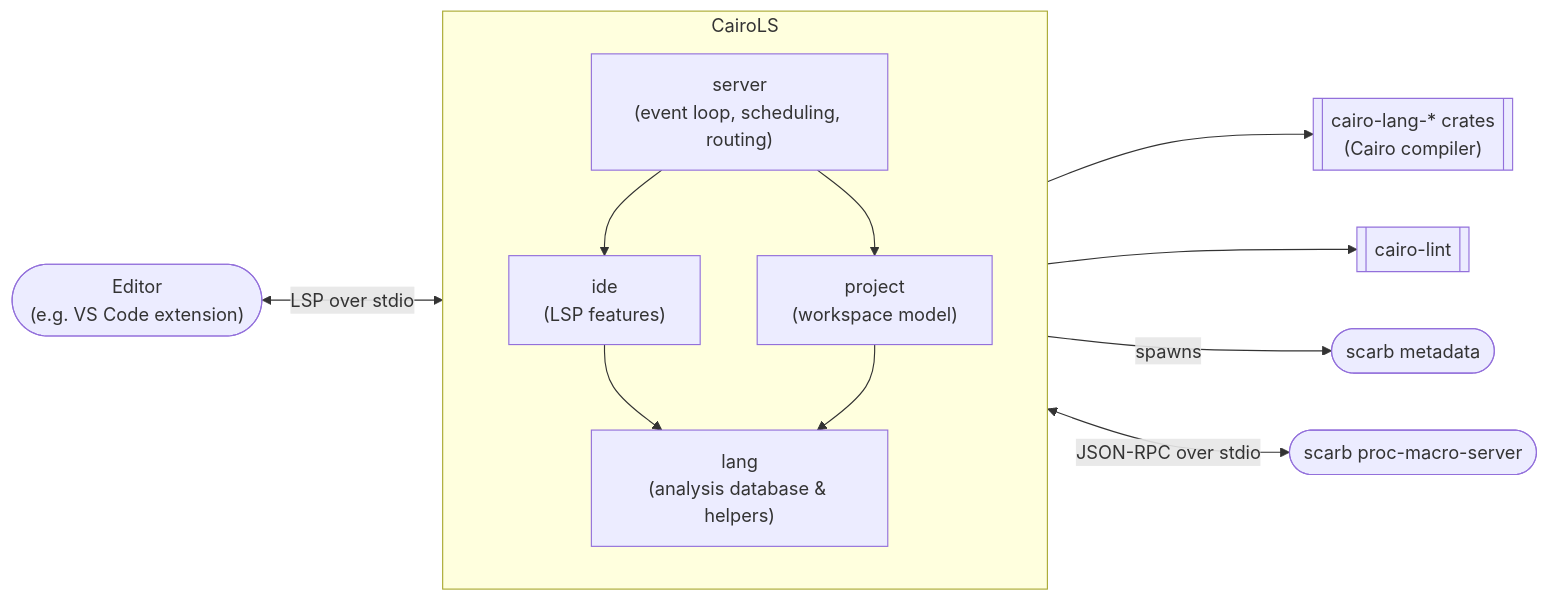
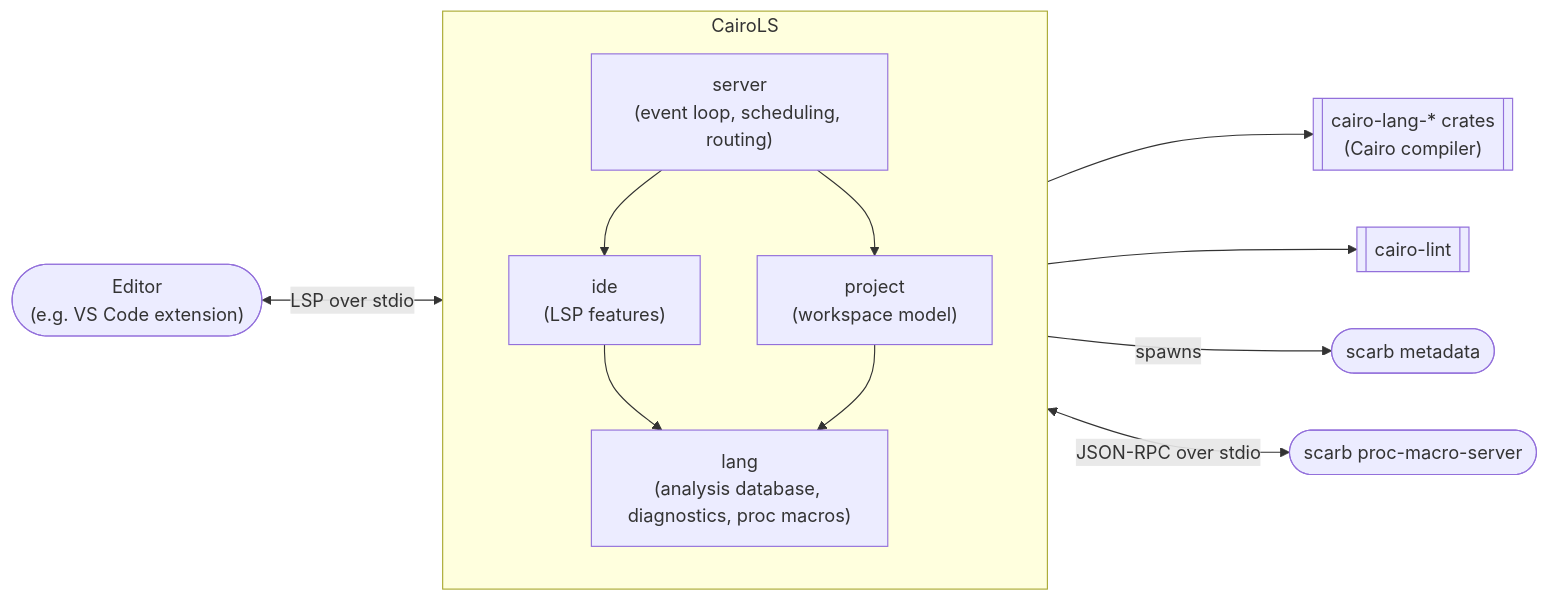
Before and after one commit to software-mansion/cairols: the first of 7 diagrams in ARCHITECTURE.md, drawn with Mermaid. The commit also changed other lines of this file, not shown here.

Commit message:
Adjustments and simplification of graphs

````diff
--- a/ARCHITECTURE.md
+++ b/ARCHITECTURE.md
@@ -5,23 +5,23 @@
 ```mermaid
 flowchart LR
     editor(["Editor<br/>(e.g. VS Code extension)"])
     subgraph LS ["CairoLS"]
         direction TB
         server["server<br/>(event loop, scheduling, routing)"]
         ide["ide<br/>(LSP features)"]
-        lang["lang<br/>(analysis database & helpers)"]
+        lang["lang<br/>(analysis database, diagnostics, proc macros)"]
         project["project<br/>(workspace model)"]
         server --> ide --> lang
         server --> project --> lang
     end
     compiler[["cairo-lang-* crates<br/>(Cairo compiler)"]]
     lint[["cairo-lint"]]
     scarb(["scarb metadata"])
     pms(["scarb proc-macro-server"])
 
     editor <-- "LSP over stdio" --> server
     lang --> compiler
     lang --> lint
     project -- "spawns" --> scarb
     lang <-- "JSON-RPC over stdio" --> pms
 ```
````
